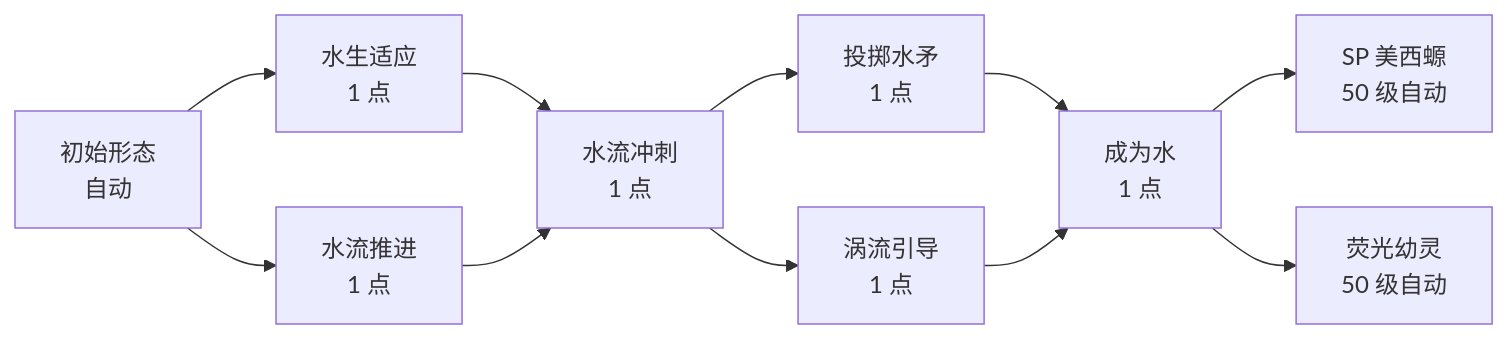
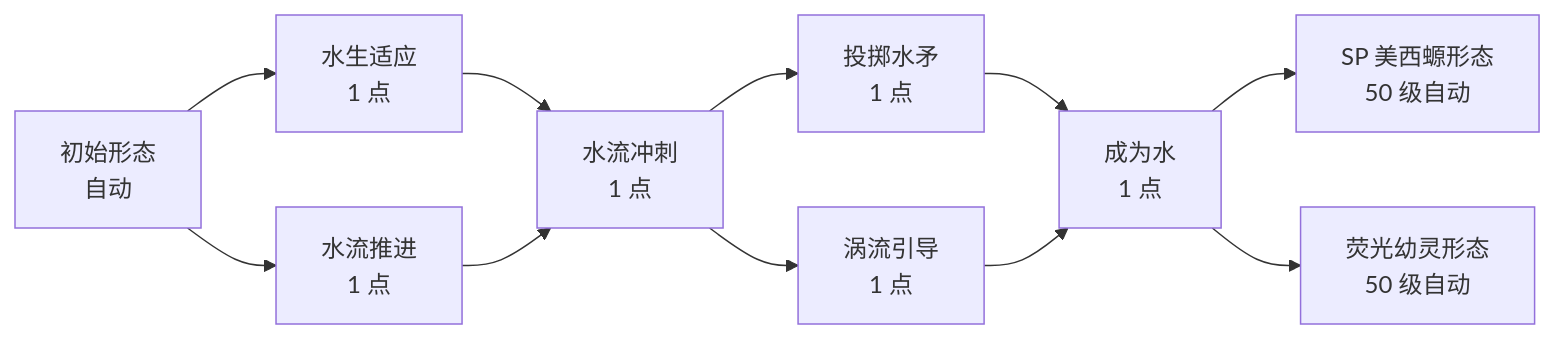
One commit to LynxCatTheThird/SSC-wiki changed the third of 3 diagrams in docs/addons/ssca/systems/evolution.md. Above: the diagram before and after it, drawn with Mermaid. The commit also changed other lines of this file and 81 other files, not shown here.

````diff
--- a/docs/addons/ssca/systems/evolution.md
+++ b/docs/addons/ssca/systems/evolution.md
@@ -115,13 +115,13 @@
 ```mermaid
 flowchart LR
   A["初始形态<br/>自动"] --> B["水生适应<br/>1 点"]
   A --> C["水流推进<br/>1 点"]
   B --> D["水流冲刺<br/>1 点"]
   C --> D
   D --> E["投掷水矛<br/>1 点"]
   D --> F["涡流引导<br/>1 点"]
   E --> G["成为水<br/>1 点"]
   F --> G
-  G --> H["SP 美西螈<br/>50 级自动"]
-  G --> I["荧光幼灵<br/>50 级自动"]
+  G --> H["SP 美西螈形态<br/>50 级自动"]
+  G --> I["荧光幼灵形态<br/>50 级自动"]
 ```
````
